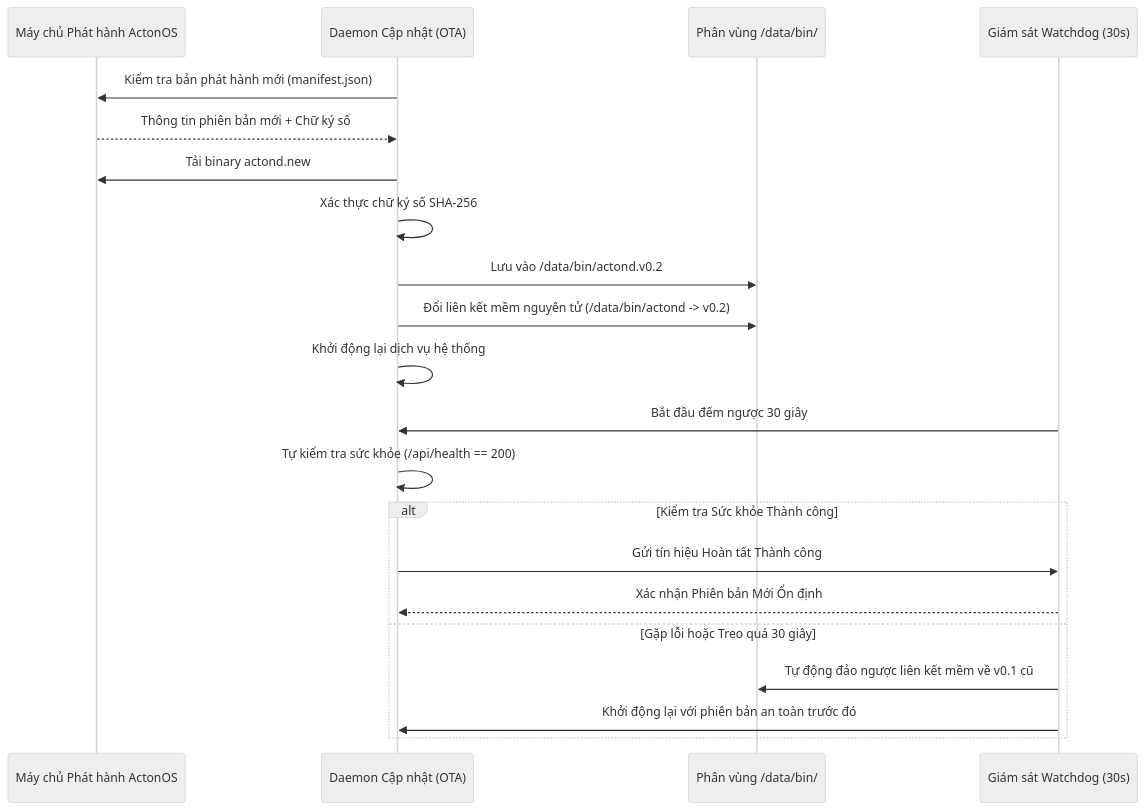
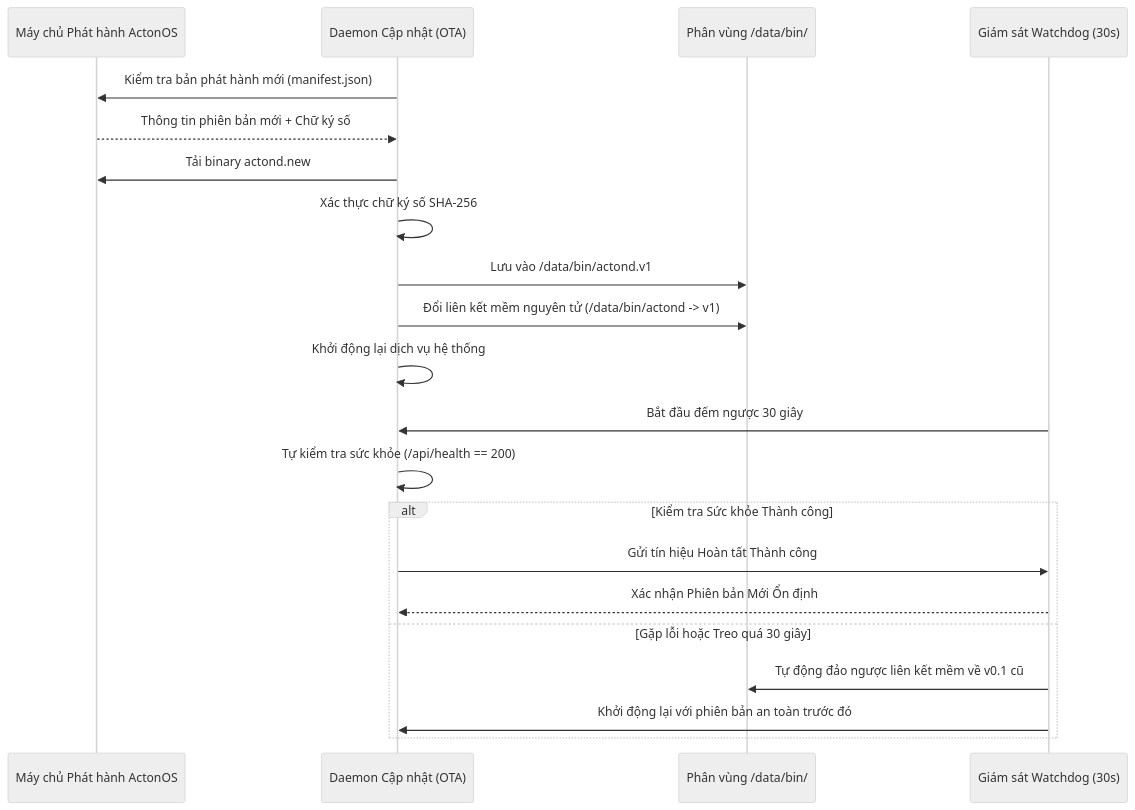
One commit to actonos/docs changed the diagram in i18n/vi/docusaurus-plugin-content-docs/current/advanced-architecture/immutable-ota-updates.mdx. Above: the diagram before and after it, drawn with Mermaid (neutral theme). The commit also changed 47 other files, not shown here.

````diff
--- a/i18n/vi/docusaurus-plugin-content-docs/current/advanced-architecture/immutable-ota-updates.mdx
+++ b/i18n/vi/docusaurus-plugin-content-docs/current/advanced-architecture/immutable-ota-updates.mdx
@@ -12,25 +12,25 @@
 ```mermaid
 sequenceDiagram
     participant Cloud as Máy chủ Phát hành ActonOS
     participant Daemon as Daemon Cập nhật (OTA)
     participant Disk as Phân vùng /data/bin/
     participant Watchdog as Giám sát Watchdog (30s)
 
     Daemon->>Cloud: Kiểm tra bản phát hành mới (manifest.json)
     Cloud-->>Daemon: Thông tin phiên bản mới + Chữ ký số
     Daemon->>Cloud: Tải binary actond.new
     Daemon->>Daemon: Xác thực chữ ký số SHA-256
-    Daemon->>Disk: Lưu vào /data/bin/actond.v0.2
-    Daemon->>Disk: Đổi liên kết mềm nguyên tử (/data/bin/actond -> v0.2)
+    Daemon->>Disk: Lưu vào /data/bin/actond.v1
+    Daemon->>Disk: Đổi liên kết mềm nguyên tử (/data/bin/actond -> v1)
     Daemon->>Daemon: Khởi động lại dịch vụ hệ thống
     
     Watchdog->>Daemon: Bắt đầu đếm ngược 30 giây
     Daemon->>Daemon: Tự kiểm tra sức khỏe (/api/health == 200)
     alt Kiểm tra Sức khỏe Thành công
         Daemon->>Watchdog: Gửi tín hiệu Hoàn tất Thành công
         Watchdog-->>Daemon: Xác nhận Phiên bản Mới Ổn định
     else Gặp lỗi hoặc Treo quá 30 giây
         Watchdog->>Disk: Tự động đảo ngược liên kết mềm về v0.1 cũ
         Watchdog->>Daemon: Khởi động lại với phiên bản an toàn trước đó
     end
 ```
````
